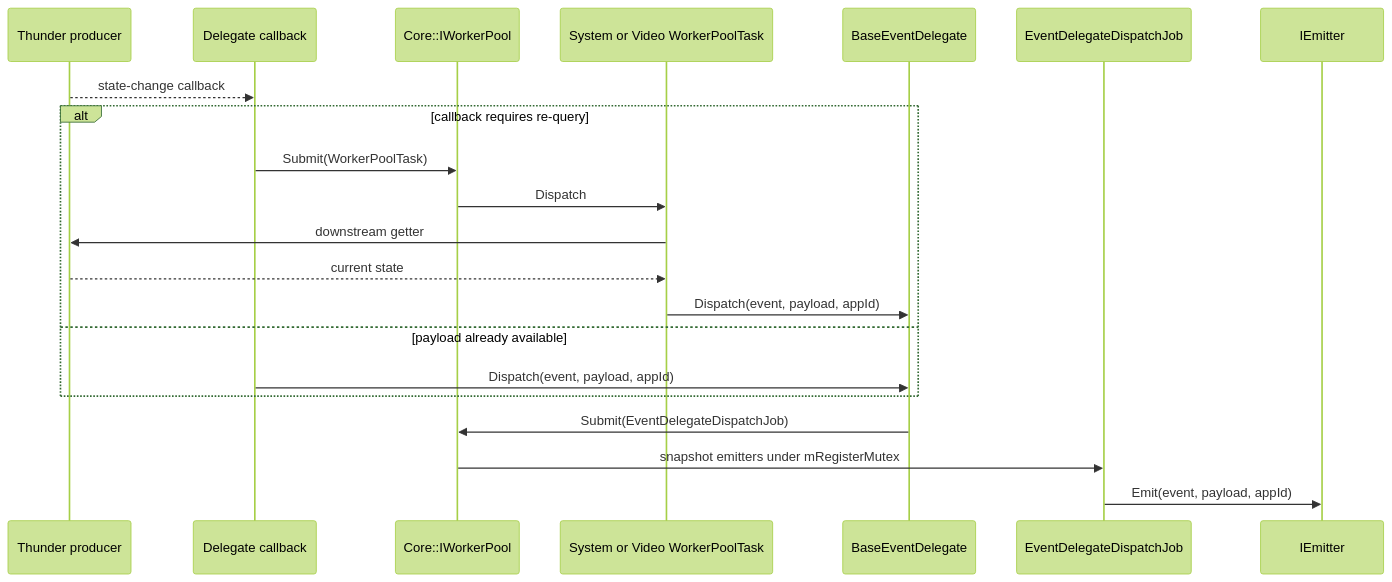
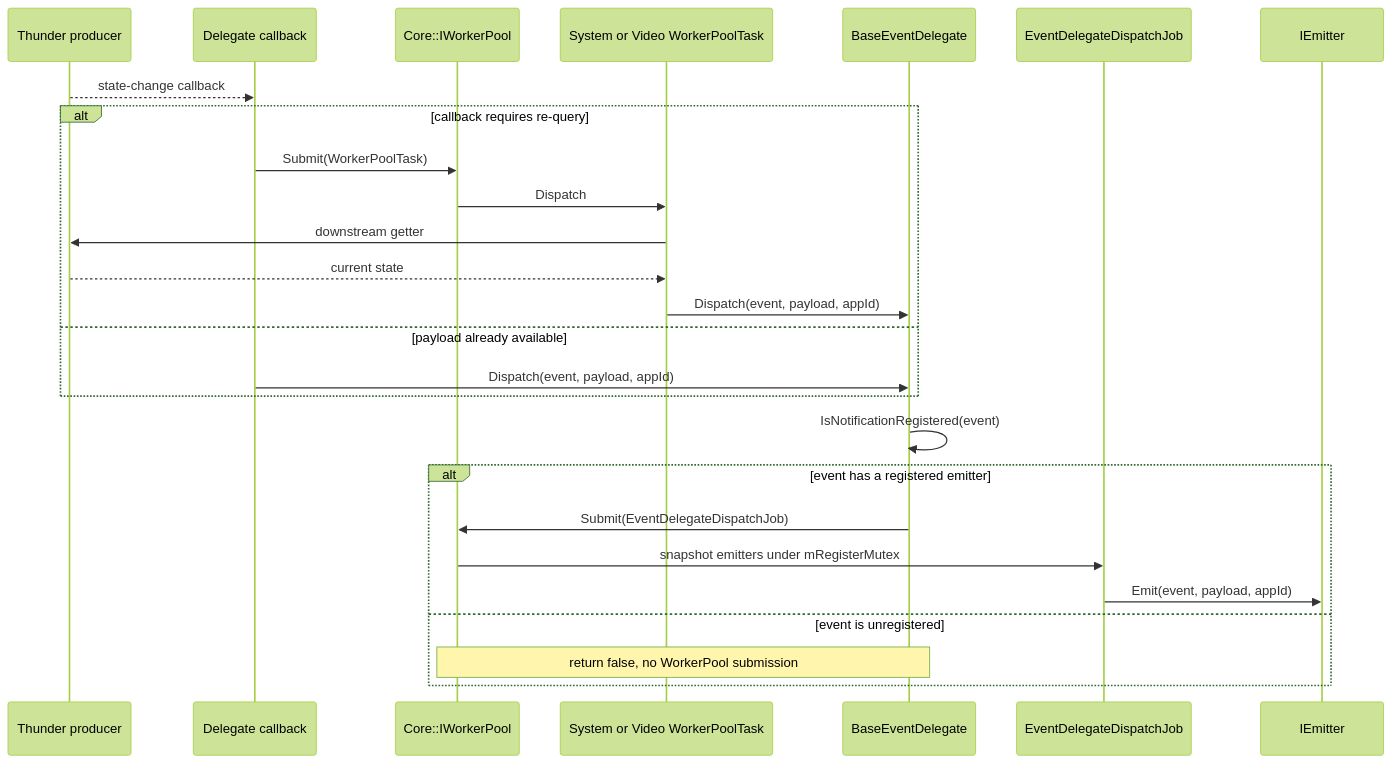
The third of 5 diagrams in openspec/specs/AppGatewayCommon/spec.md (marco-casaroli-infosys/entservices-appgateway), drawn with Mermaid (forest theme) before and after one commit. The commit also changed other lines of this file and 1 other file, not shown here.

````diff
--- a/openspec/specs/AppGatewayCommon/spec.md
+++ b/openspec/specs/AppGatewayCommon/spec.md
@@ -220,24 +230,29 @@
 ```mermaid
 sequenceDiagram
   participant Source as Thunder producer
   participant Sink as Delegate callback
   participant Pool as Core::IWorkerPool
   participant Requery as System or Video WorkerPoolTask
   participant Base as BaseEventDelegate
   participant Fanout as EventDelegateDispatchJob
   participant Emitter as IEmitter
 
   Source-->>Sink: state-change callback
   alt callback requires re-query
     Sink->>Pool: Submit(WorkerPoolTask)
     Pool->>Requery: Dispatch
     Requery->>Source: downstream getter
     Source-->>Requery: current state
     Requery->>Base: Dispatch(event, payload, appId)
   else payload already available
     Sink->>Base: Dispatch(event, payload, appId)
   end
-  Base->>Pool: Submit(EventDelegateDispatchJob)
-  Pool->>Fanout: snapshot emitters under mRegisterMutex
-  Fanout->>Emitter: Emit(event, payload, appId)
+  Base->>Base: IsNotificationRegistered(event)
+  alt event has a registered emitter
+    Base->>Pool: Submit(EventDelegateDispatchJob)
+    Pool->>Fanout: snapshot emitters under mRegisterMutex
+    Fanout->>Emitter: Emit(event, payload, appId)
+  else event is unregistered
+    Note over Base,Pool: return false, no WorkerPool submission
+  end
 ```
````
